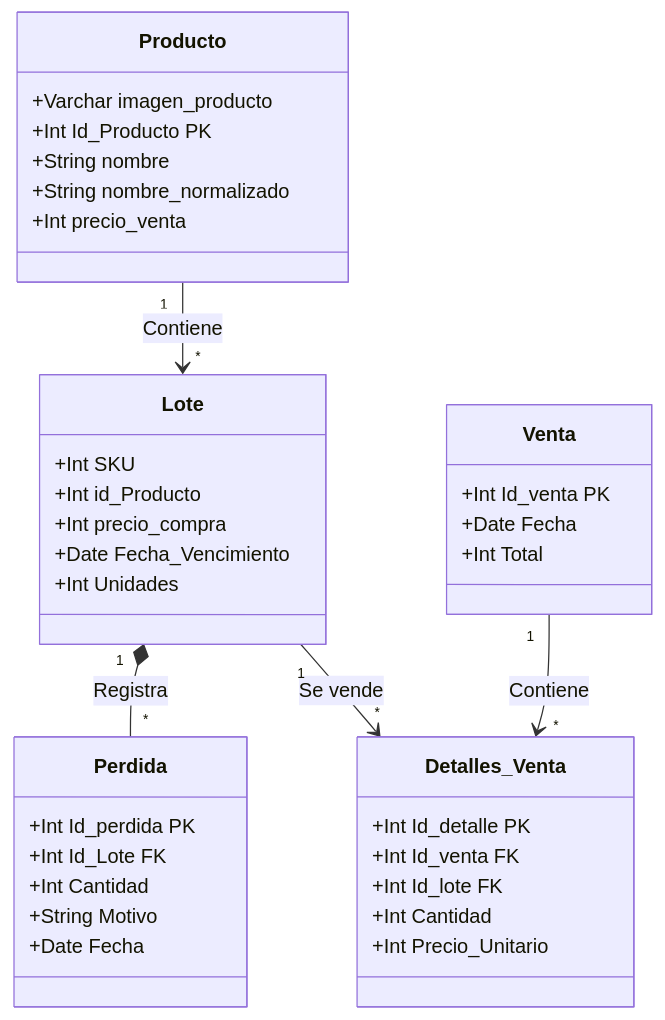
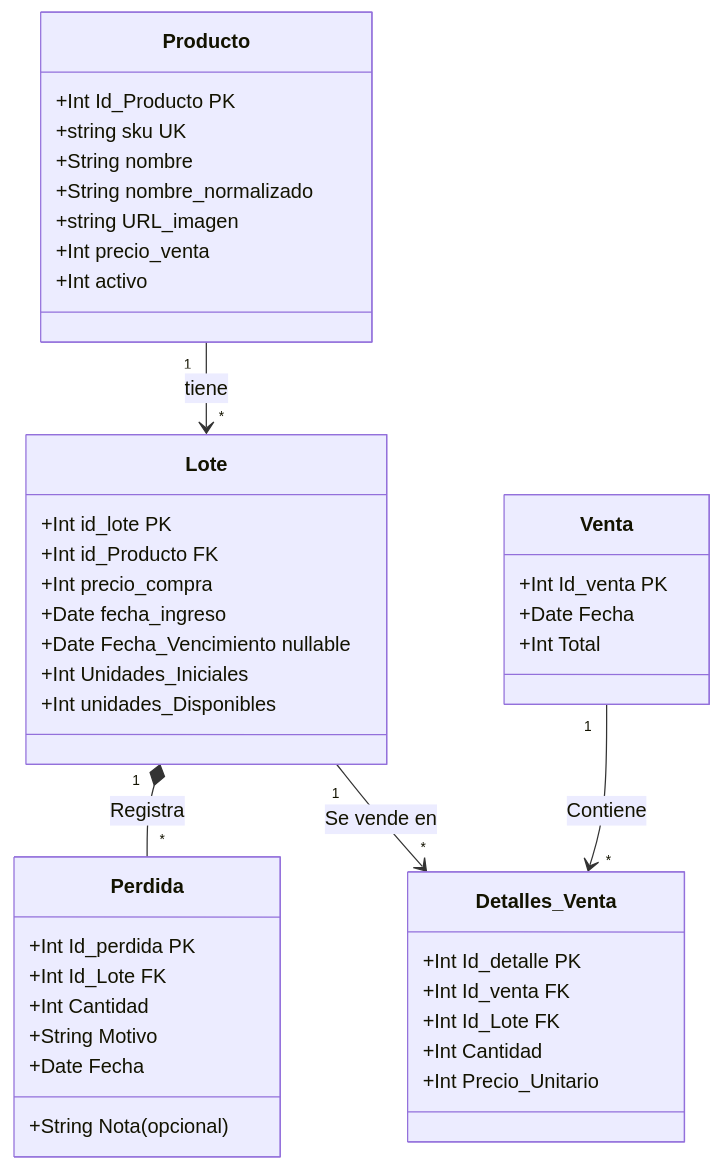
The first of 5 diagrams in README.md (CokkeDev/Mi-Negocio), drawn with Mermaid before and after one commit. The commit also changed other lines of this file, not shown here.

Commit message:
docs:readme, modifique ER add SKU Unikey, int activo : 1 active, 0 disable, Modifique Imagen_producto for URL_imagen,add new diagrams especifique new funcionalities

````diff
--- a/README.md
+++ b/README.md
@@ -39,45 +39,50 @@
 ```mermaid
 classDiagram
   class Producto {
-    +Varchar imagen_producto
     +Int Id_Producto PK
+    +string sku UK 
     +String nombre
     +String nombre_normalizado
+    +string URL_imagen
     +Int precio_venta
+    +Int activo
   }
 
   class Lote {
-    +Int SKU
-    +Int id_Producto
+    +Int id_lote PK
+    +Int id_Producto FK
     +Int precio_compra
-    +Date Fecha_Vencimiento
-    +Int Unidades
+    +Date fecha_ingreso
+    +Date Fecha_Vencimiento nullable
+    +Int Unidades_Iniciales
+    +Int unidades_Disponibles
   }
 
   class Perdida {
     +Int Id_perdida PK
     +Int Id_Lote FK
     +Int Cantidad
     +String Motivo
+    +String Nota (opcional)
     +Date Fecha
   }
 
   class Venta {
     +Int Id_venta PK
     +Date Fecha
     +Int Total
   }
 
     class Detalles_Venta{
     +Int Id_detalle PK
     +Int Id_venta FK
-    +Int Id_lote FK
+    +Int Id_Lote FK
     +Int Cantidad
     +Int Precio_Unitario
   }
 
-  Producto "1" --> "*" Lote : Contiene
+  Producto "1" --> "*" Lote : tiene
   Lote "1" *-- "*" Perdida : Registra
-  Lote "1" --> "*" Detalles_Venta : Se vende
+  Lote "1" --> "*" Detalles_Venta : Se vende en
   Venta "1" --> "*" Detalles_Venta : Contiene
 ```
````
